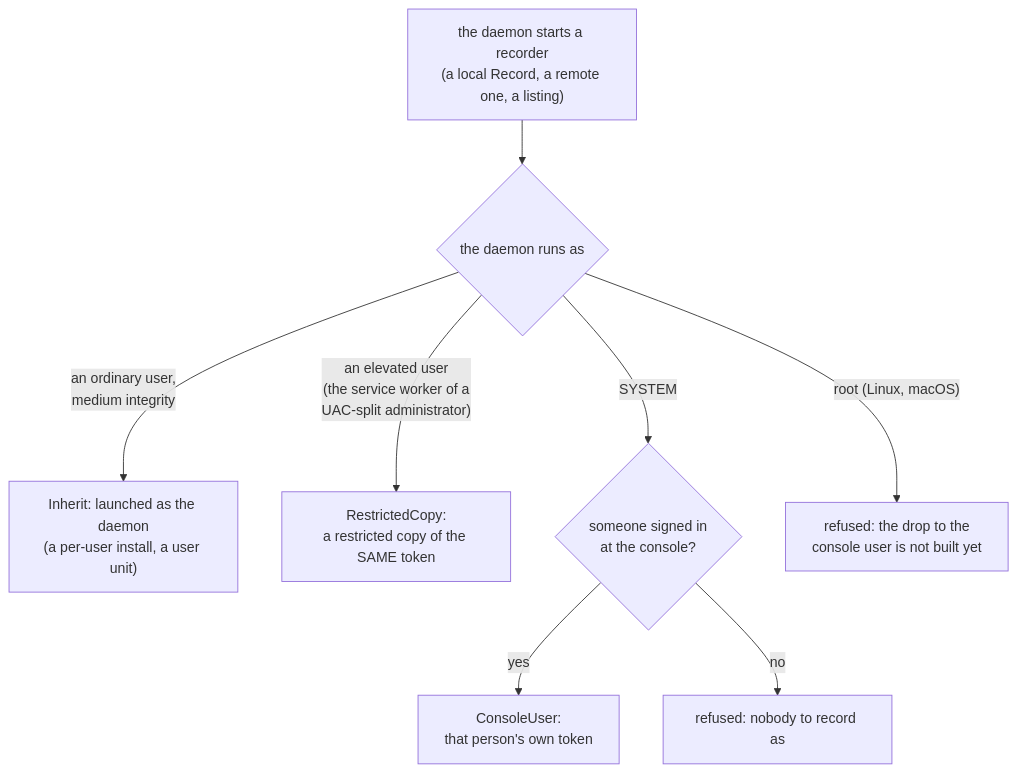
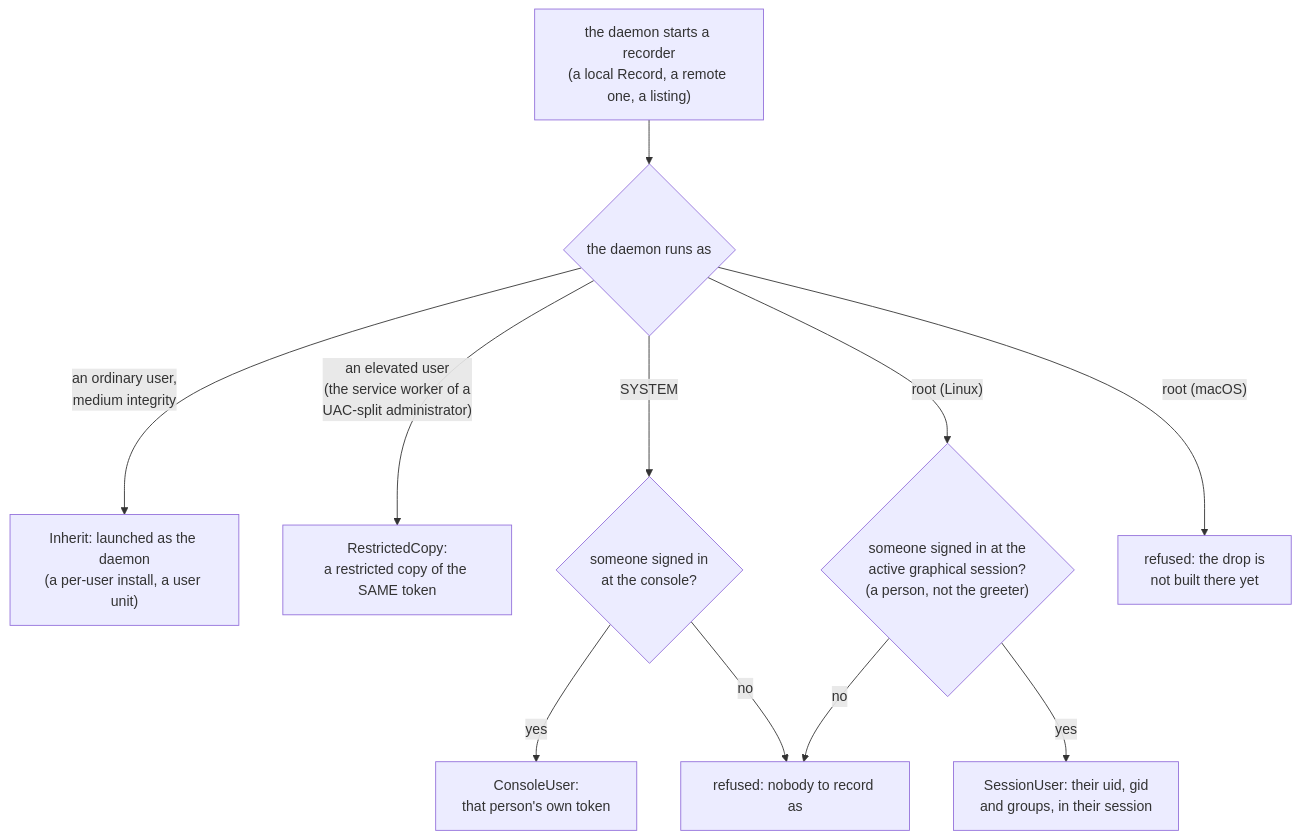
The fourth of 10 diagrams in docs/recording.md (gjovanov/roomler-ai), drawn with Mermaid before and after one commit. The commit also changed other lines of this file and 7 other files, not shown here.

First line of the commit message:
feat(fr-85): P1e-unix — a root daemon on Linux records as the person at the screen, and touches their folder as them (#1634)

````diff
--- a/docs/recording.md
+++ b/docs/recording.md
@@ -302,10 +302,13 @@
 ```mermaid
 flowchart TD
     D["the daemon starts a recorder<br/>(a local Record, a remote one, a listing)"] --> S{"the daemon runs as"}
     S -->|"an ordinary user,<br/>medium integrity"| I["Inherit: launched as the daemon<br/>(a per-user install, a user unit)"]
     S -->|"an elevated user<br/>(the service worker of a<br/>UAC-split administrator)"| R["RestrictedCopy:<br/>a restricted copy of the SAME token"]
     S -->|"SYSTEM"| C{"someone signed in<br/>at the console?"}
     C -->|yes| U["ConsoleUser:<br/>that person's own token"]
     C -->|no| N["refused: nobody to record as"]
-    S -->|"root (Linux, macOS)"| X["refused: the drop to the<br/>console user is not built yet"]
+    S -->|"root (Linux)"| L{"someone signed in at the<br/>active graphical session?<br/>(a person, not the greeter)"}
+    L -->|yes| SU["SessionUser: their uid, gid<br/>and groups, in their session"]
+    L -->|no| N
+    S -->|"root (macOS)"| X["refused: the drop is<br/>not built there yet"]
 ```
````
